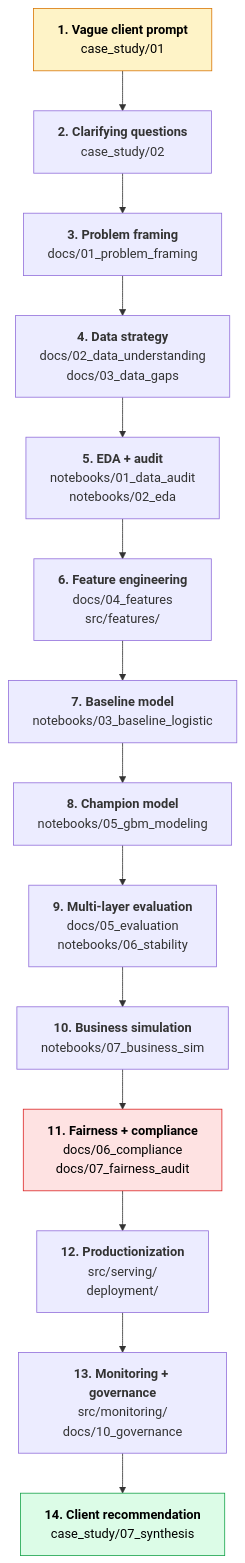
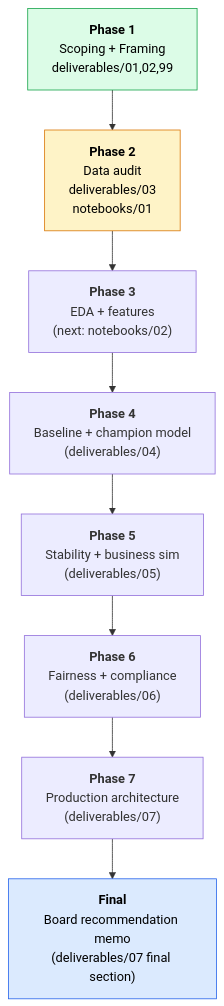
The diagram in README.md (Robot0920/loan_May), drawn with Mermaid before and after one commit. The commit also changed other lines of this file and 7 other files, not shown here.

````diff
--- a/README.md
+++ b/README.md
@@ -46,20 +46,14 @@
 ```mermaid
 flowchart TD
-    A["<b>1. Vague client prompt</b><br/>case_study/01"] --> B["<b>2. Clarifying questions</b><br/>case_study/02"]
-    B --> C["<b>3. Problem framing</b><br/>docs/01_problem_framing"]
-    C --> D["<b>4. Data strategy</b><br/>docs/02_data_understanding<br/>docs/03_data_gaps"]
-    D --> E["<b>5. EDA + audit</b><br/>notebooks/01_data_audit<br/>notebooks/02_eda"]
-    E --> F["<b>6. Feature engineering</b><br/>docs/04_features<br/>src/features/"]
-    F --> G["<b>7. Baseline model</b><br/>notebooks/03_baseline_logistic"]
-    G --> H["<b>8. Champion model</b><br/>notebooks/05_gbm_modeling"]
-    H --> I["<b>9. Multi-layer evaluation</b><br/>docs/05_evaluation<br/>notebooks/06_stability"]
-    I --> J["<b>10. Business simulation</b><br/>notebooks/07_business_sim"]
-    J --> K["<b>11. Fairness + compliance</b><br/>docs/06_compliance<br/>docs/07_fairness_audit"]
-    K --> L["<b>12. Productionization</b><br/>src/serving/<br/>deployment/"]
-    L --> M["<b>13. Monitoring + governance</b><br/>src/monitoring/<br/>docs/10_governance"]
-    M --> N["<b>14. Client recommendation</b><br/>case_study/07_synthesis"]
+    A["<b>Phase 1</b><br/>Scoping + Framing<br/>deliverables/01,02,99"] --> B["<b>Phase 2</b><br/>Data audit<br/>deliverables/03<br/>notebooks/01"]
+    B --> C["<b>Phase 3</b><br/>EDA + features<br/>(next: notebooks/02)"]
+    C --> D["<b>Phase 4</b><br/>Baseline + champion model<br/>(deliverables/04)"]
+    D --> E["<b>Phase 5</b><br/>Stability + business sim<br/>(deliverables/05)"]
+    E --> F["<b>Phase 6</b><br/>Fairness + compliance<br/>(deliverables/06)"]
+    F --> G["<b>Phase 7</b><br/>Production architecture<br/>(deliverables/07)"]
+    G --> H["<b>Final</b><br/>Board recommendation memo<br/>(deliverables/07 final section)"]
 
-    style A fill:#fef3c7,stroke:#d97706,color:#000
-    style N fill:#dcfce7,stroke:#16a34a,color:#000
-    style K fill:#fee2e2,stroke:#dc2626,color:#000
+    style A fill:#dcfce7,stroke:#16a34a,color:#000
+    style B fill:#fef3c7,stroke:#d97706,color:#000
+    style H fill:#dbeafe,stroke:#2563eb,color:#000
 ```
````
